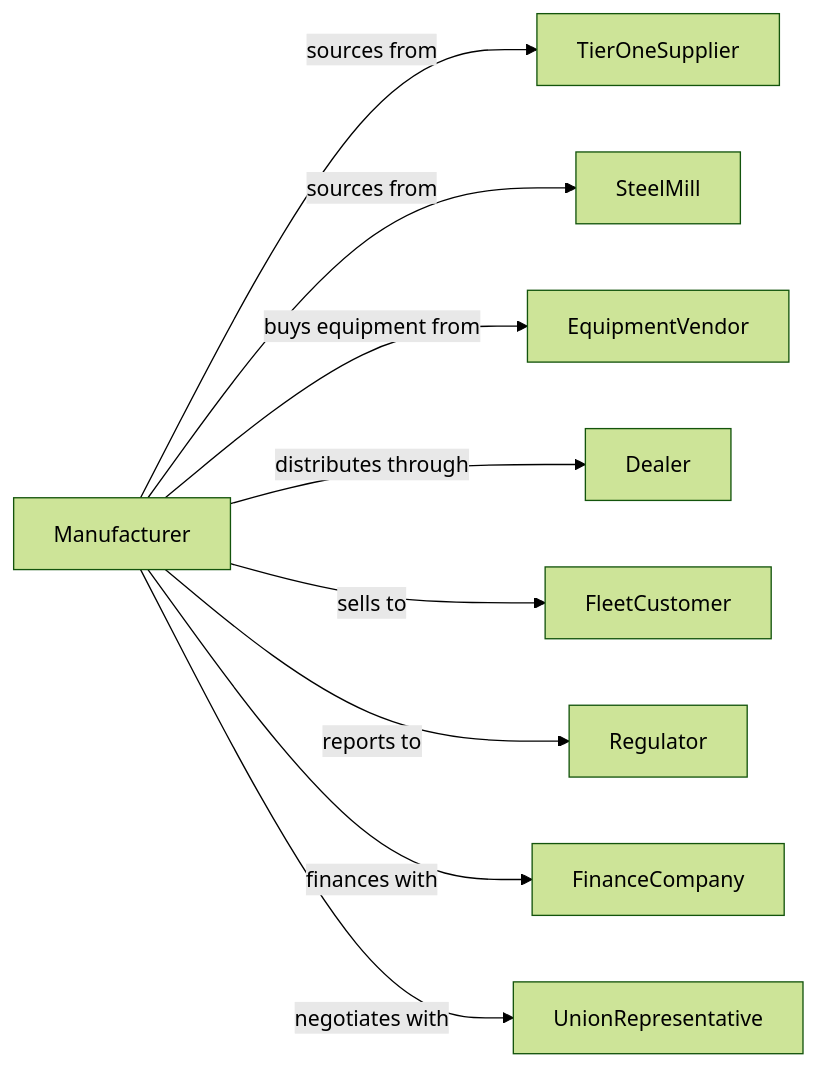
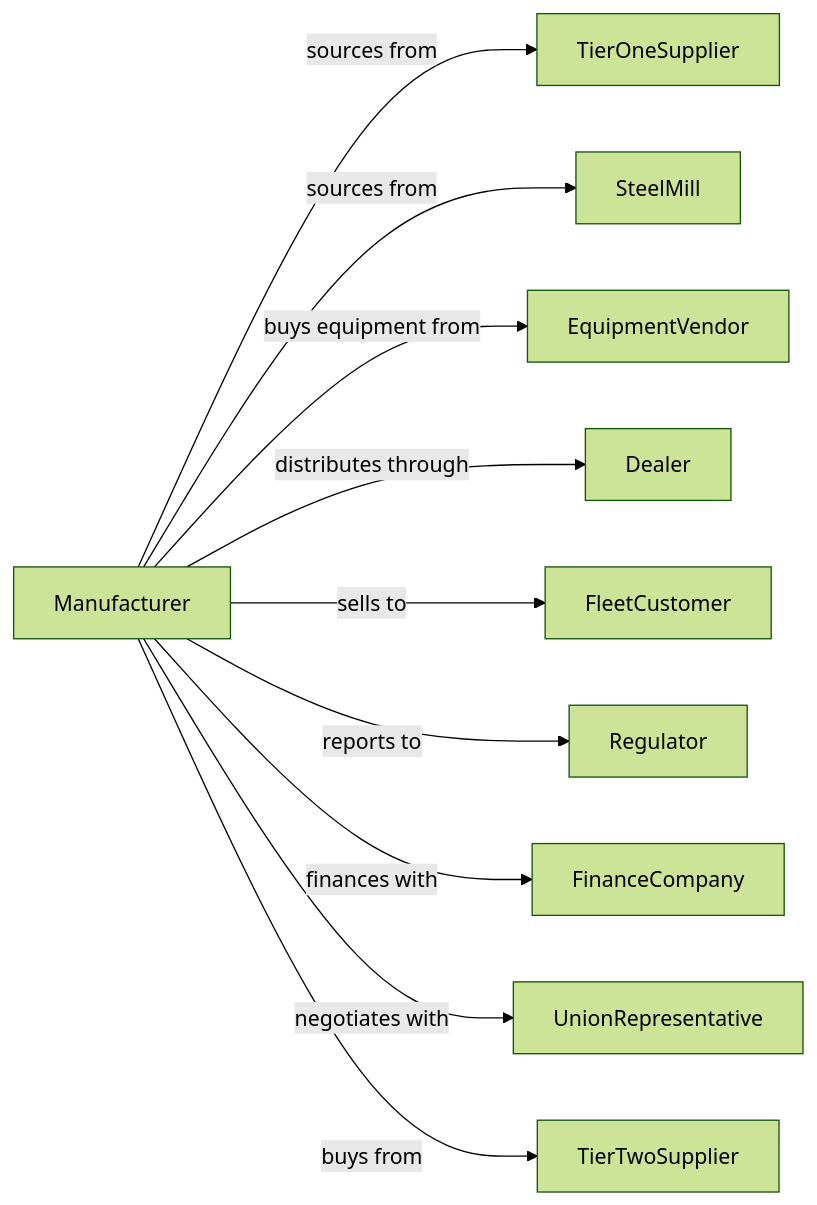
Before and after one commit to dot-org-ai/industries.org.ai: the second of 2 diagrams in Manufacturing/TransportationEquipmentManufacturing/MotorVehicleManufacturing/AutomobileAndLightDutyMotorVehicleManufacturing.mdx, drawn with Mermaid (forest theme). The commit also changed 588 other files, not shown here.

````diff
--- a/Manufacturing/TransportationEquipmentManufacturing/MotorVehicleManufacturing/AutomobileAndLightDutyMotorVehicleManufacturing.mdx
+++ b/Manufacturing/TransportationEquipmentManufacturing/MotorVehicleManufacturing/AutomobileAndLightDutyMotorVehicleManufacturing.mdx
@@ -130,13 +130,14 @@
 ```mermaid
 graph LR
     M[Manufacturer]
 
     M -->|sources from| TierOneSupplier
     M -->|sources from| SteelMill
     M -->|buys equipment from| EquipmentVendor
     M -->|distributes through| Dealer
     M -->|sells to| FleetCustomer
     M -->|reports to| Regulator
     M -->|finances with| FinanceCompany
     M -->|negotiates with| UnionRepresentative
+    M -->|buys from| TierTwoSupplier
 ```
````
